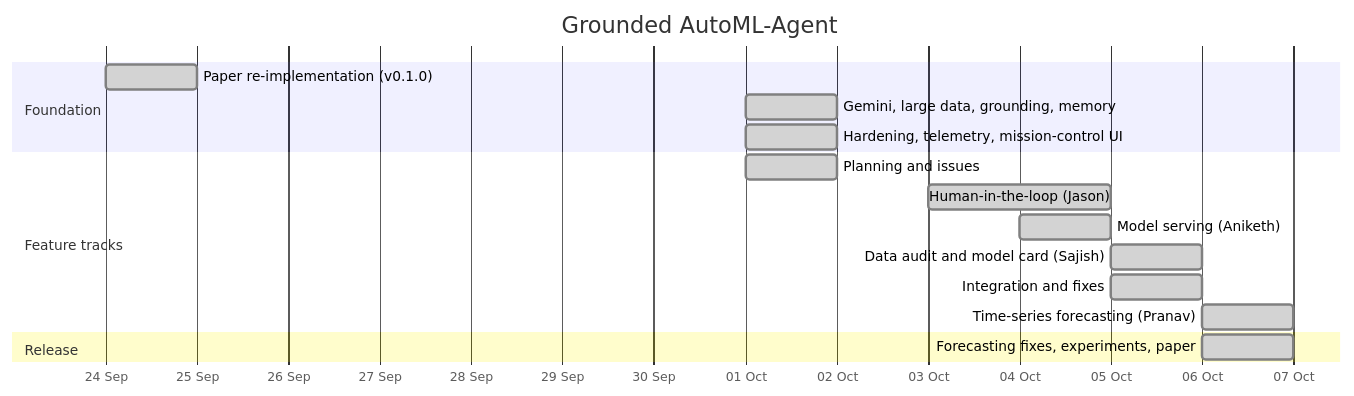
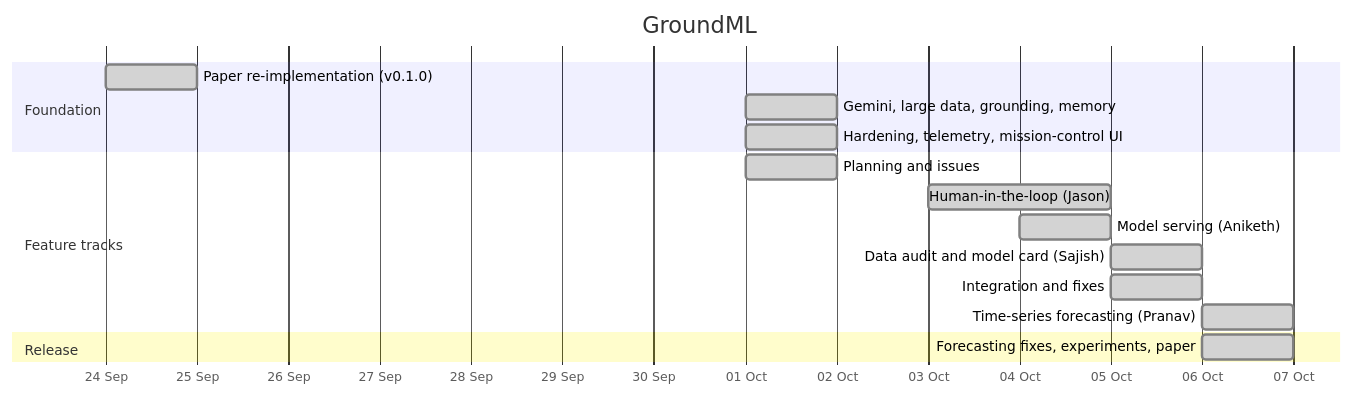
Before and after one commit to VioniX37/VX04: the diagram in docs/project/timeline.md, drawn with Mermaid. The commit also changed other lines of this file and 14 other files, not shown here.

````diff
--- a/docs/project/timeline.md
+++ b/docs/project/timeline.md
@@ -19,19 +19,19 @@
 ```mermaid
 gantt
-    title Grounded AutoML-Agent
+    title GroundML
     dateFormat YYYY-MM-DD
     axisFormat %d %b
     section Foundation
     Paper re-implementation (v0.1.0)          :done, f1, 2026-09-24, 1d
     Gemini, large data, grounding, memory      :done, f2, 2026-10-01, 1d
     Hardening, telemetry, mission-control UI   :done, f3, 2026-10-01, 1d
     section Feature tracks
     Planning and issues                        :done, p1, 2026-10-01, 1d
     Human-in-the-loop (Jason)                  :done, t1, 2026-10-03, 2d
     Model serving (Aniketh)                    :done, t2, 2026-10-04, 1d
     Data audit and model card (Sajish)         :done, t3, 2026-10-05, 1d
     Integration and fixes                      :done, i1, 2026-10-05, 1d
     Time-series forecasting (Pranav)           :done, t4, 2026-10-06, 1d
     section Release
     Forecasting fixes, experiments, paper      :done, r1, 2026-10-06, 1d
 ```
````
